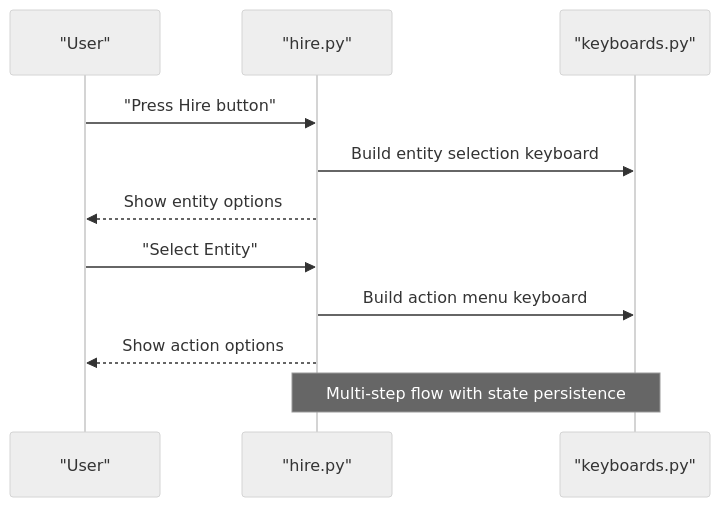
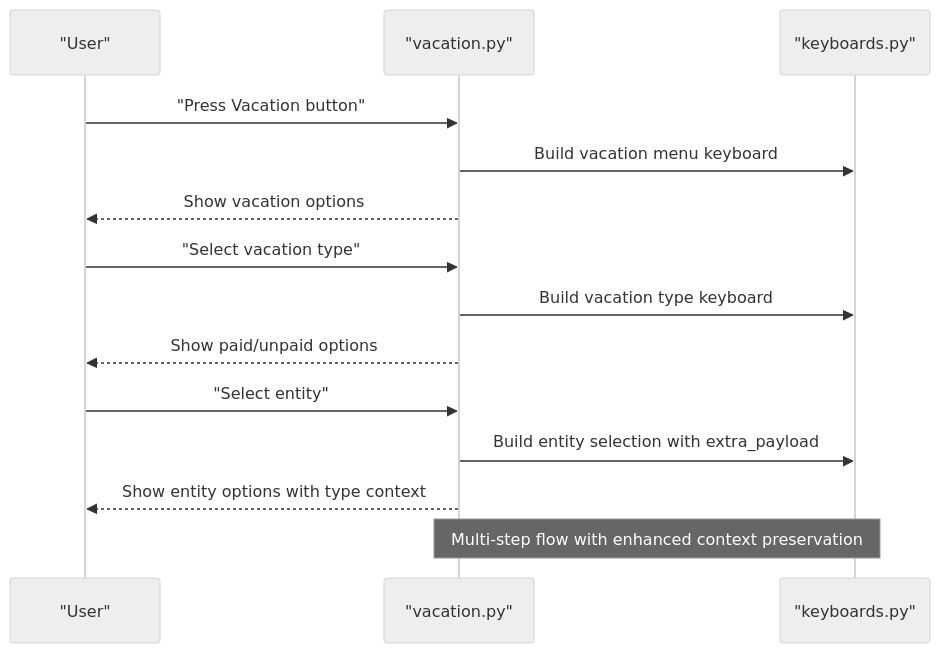
One commit to ognelis/cafetera_hr_bot changed the ninth of 12 diagrams in .qoder/repowiki/en/content/Keyboard System.md. Above: the diagram before and after it, drawn with Mermaid (neutral theme). The commit also changed other lines of this file and 26 other files, not shown here.

````diff
--- a/.qoder/repowiki/en/content/Keyboard System.md
+++ b/.qoder/repowiki/en/content/Keyboard System.md
@@ -394,13 +439,16 @@
 ```mermaid
 sequenceDiagram
 participant User as "User"
-participant HR as "hire.py"
+participant HR as "vacation.py"
 participant KB as "keyboards.py"
-User->>HR : "Press Hire button"
-HR->>KB : Build entity selection keyboard
-HR-->>User : Show entity options
-User->>HR : "Select Entity"
-HR->>KB : Build action menu keyboard
-HR-->>User : Show action options
-Note over HR,KB : Multi-step flow with state persistence
+User->>HR : "Press Vacation button"
+HR->>KB : Build vacation menu keyboard
+HR-->>User : Show vacation options
+User->>HR : "Select vacation type"
+HR->>KB : Build vacation type keyboard
+HR-->>User : Show paid/unpaid options
+User->>HR : "Select entity"
+HR->>KB : Build entity selection with extra_payload
+HR-->>User : Show entity options with type context
+Note over HR,KB : Multi-step flow with enhanced context preservation
 ```
````
